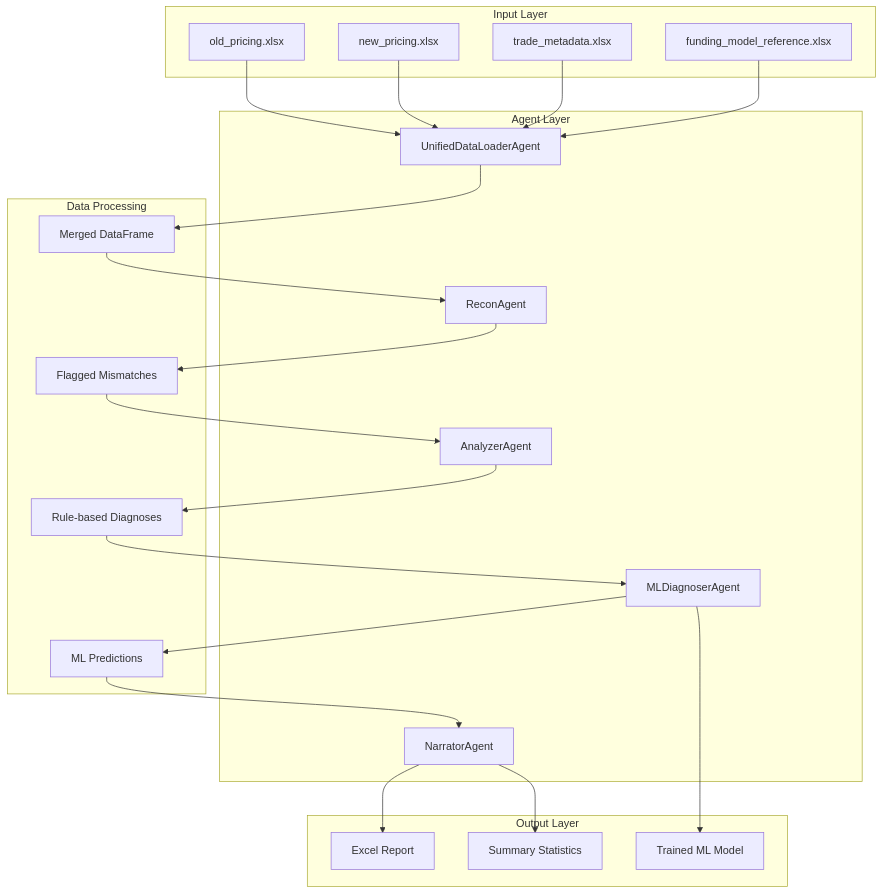
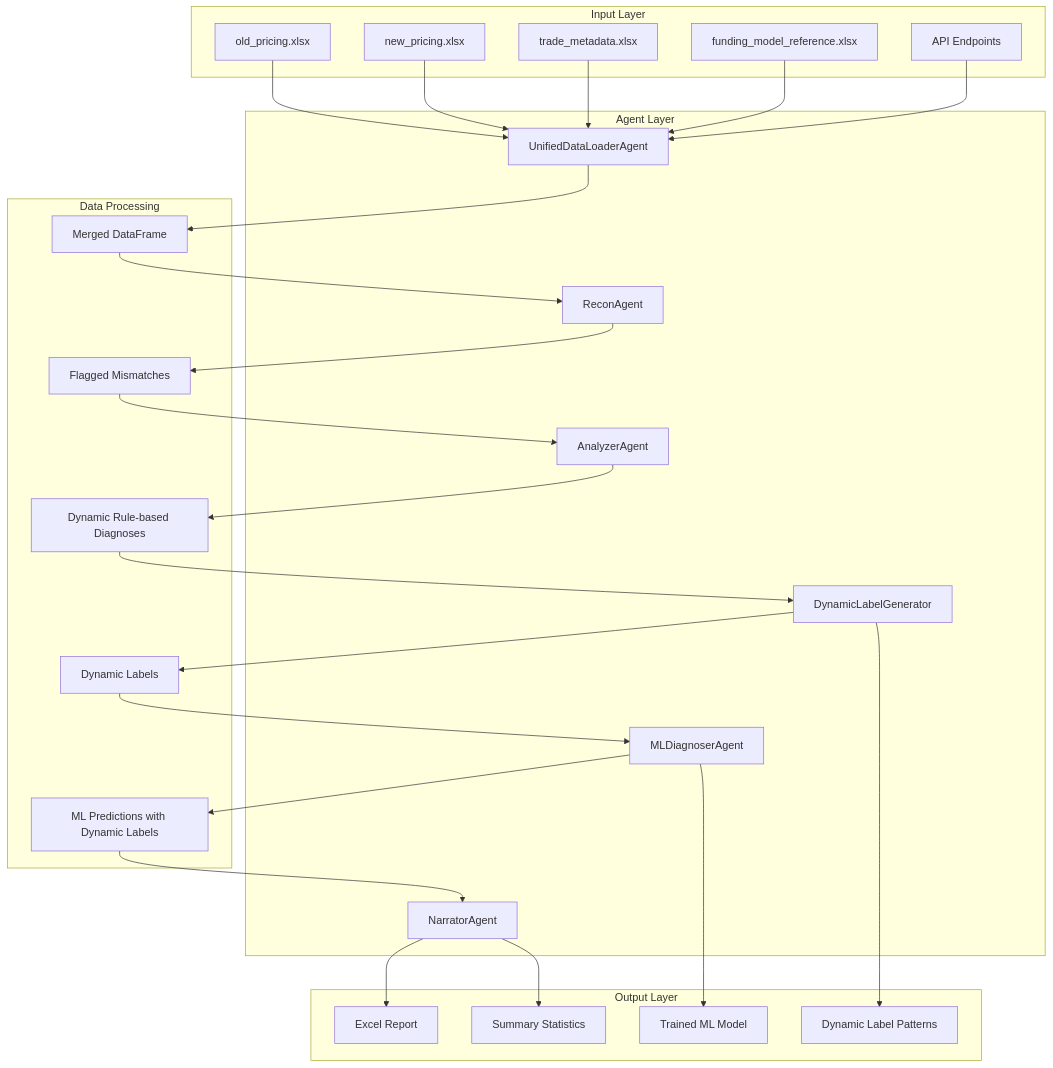
The first of 30 diagrams in docs/DIAGRAMS.md (ksmadhavareddy/recon-ai), drawn with Mermaid before and after one commit. The commit also changed other lines of this file and 14 other files, not shown here.

````diff
--- a/docs/DIAGRAMS.md
+++ b/docs/DIAGRAMS.md
@@ -9,46 +9,54 @@
 ```mermaid
 graph TB
     subgraph "Input Layer"
         A[old_pricing.xlsx]
         B[new_pricing.xlsx]
         C[trade_metadata.xlsx]
         D[funding_model_reference.xlsx]
+        E[API Endpoints]
     end
     
     subgraph "Agent Layer"
-        E[UnifiedDataLoaderAgent]
-        F[ReconAgent]
-        G[AnalyzerAgent]
-        H[MLDiagnoserAgent]
-        I[NarratorAgent]
+        F[UnifiedDataLoaderAgent]
+        G[ReconAgent]
+        H[AnalyzerAgent]
+        I[DynamicLabelGenerator]
+        J[MLDiagnoserAgent]
+        K[NarratorAgent]
     end
     
     subgraph "Data Processing"
-        J[Merged DataFrame]
-        K[Flagged Mismatches]
-        L[Rule-based Diagnoses]
-        M[ML Predictions]
+        L[Merged DataFrame]
+        M[Flagged Mismatches]
+        N[Dynamic Rule-based Diagnoses]
+        O[Dynamic Labels]
+        P[ML Predictions with Dynamic Labels]
     end
     
     subgraph "Output Layer"
-        N[Excel Report]
-        O[Trained ML Model]
-        P[Summary Statistics]
+        Q[Excel Report]
+        R[Trained ML Model]
+        S[Summary Statistics]
+        T[Dynamic Label Patterns]
     end
     
-    A --> E
-    B --> E
-    C --> E
-    D --> E
-    E --> J
-    J --> F
-    F --> K
-    K --> G
-    G --> L
-    L --> H
-    H --> M
-    M --> I
-    I --> N
-    I --> P
-    H --> O
+    A --> F
+    B --> F
+    C --> F
+    D --> F
+    E --> F
+    F --> L
+    L --> G
+    G --> M
+    M --> H
+    H --> N
+    N --> I
+    I --> O
+    O --> J
+    J --> P
+    P --> K
+    K --> Q
+    K --> S
+    J --> R
+    I --> T
 ```
````
